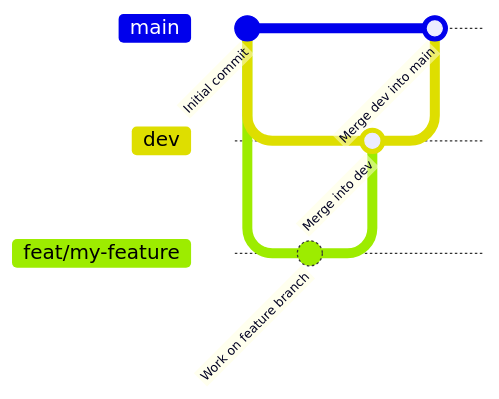
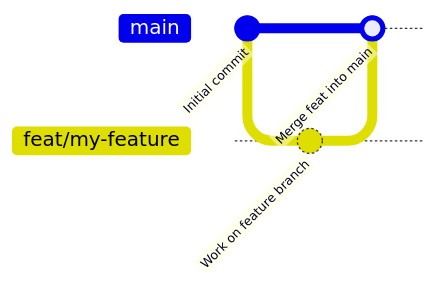
The second of 2 diagrams in CONTRIBUTING.md (RSE-Sheffield/SORT), drawn with Mermaid before and after one commit. The commit also changed other lines of this file, not shown here.

````diff
--- a/CONTRIBUTING.md
+++ b/CONTRIBUTING.md
@@ -66,11 +75,9 @@
 ```mermaid
 gitGraph
     commit id: "Initial commit"
-    branch dev
     branch feat/my-feature
+    checkout feat/my-feature
     commit id: "Work on feature branch"
-    checkout dev
-    merge feat/my-feature id: "Merge into dev"
     checkout main
-    merge dev id: "Merge dev into main"
+    merge feat/my-feature id: "Merge feat into main"
 ```
````
